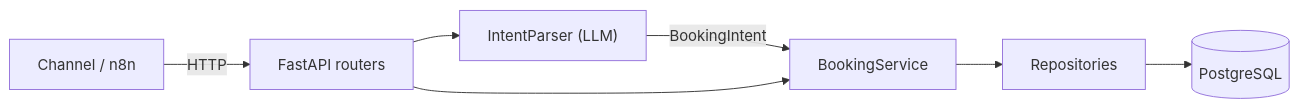
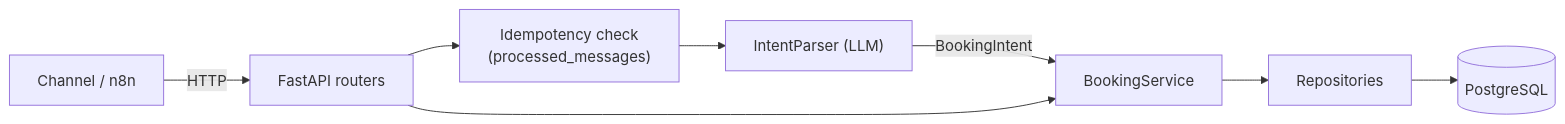
Before and after one commit to Renan-Maciel-Santos/booking-agent: the diagram in README.md, drawn with Mermaid. The commit also changed other lines of this file, not shown here.

Commit message:
docs: add tech stack and update roadmap in README

````diff
--- a/README.md
+++ b/README.md
@@ -20,9 +40,10 @@
 ```mermaid
 flowchart LR
     channel["Channel / n8n"] -->|HTTP| api["FastAPI routers"]
-    api --> parser["IntentParser (LLM)"]
+    api --> idem["Idempotency check<br/>(processed_messages)"]
+    idem --> parser["IntentParser (LLM)"]
     parser -->|BookingIntent| service["BookingService"]
     api --> service
     service --> repos["Repositories"]
     repos --> db[("PostgreSQL")]
 ```
````
